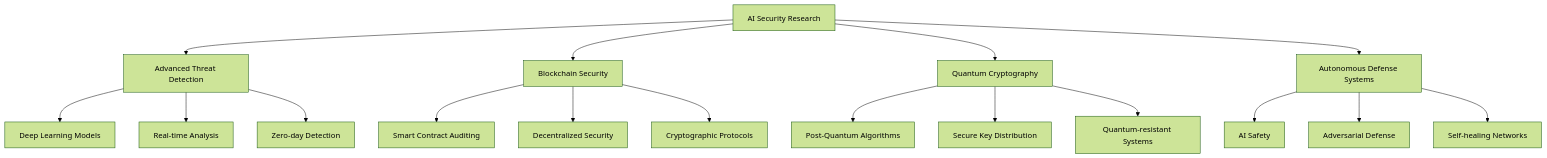
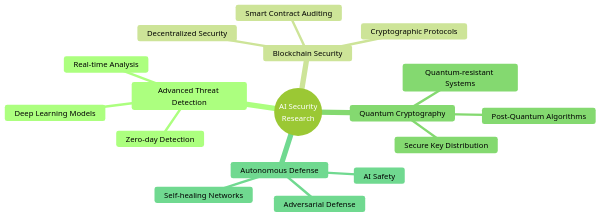
One commit to LuthandoCandlovu/LuthandoCandlovu changed the diagram in README.md. Above: the diagram before and after it, drawn with Mermaid (forest theme). The commit also changed other lines of this file, not shown here.

````diff
--- a/README.md
+++ b/README.md
@@ -369,23 +342,20 @@
 ```mermaid
-graph TD
-    A[AI Security Research] --> B[Advanced Threat Detection]
-    A --> C[Blockchain Security]
-    A --> D[Quantum Cryptography]
-    A --> E[Autonomous Defense Systems]
-    
-    B --> B1[Deep Learning Models]
-    B --> B2[Real-time Analysis]
-    B --> B3[Zero-day Detection]
-    
-    C --> C1[Smart Contract Auditing]
-    C --> C2[Decentralized Security]
-    C --> C3[Cryptographic Protocols]
-    
-    D --> D1[Post-Quantum Algorithms]
-    D --> D2[Secure Key Distribution]
-    D --> D3[Quantum-resistant Systems]
-    
-    E --> E1[AI Safety]
-    E --> E2[Adversarial Defense]
-    E --> E3[Self-healing Networks]
+mindmap
+  root((AI Security<br/>Research))
+    Advanced Threat Detection
+      Deep Learning Models
+      Real-time Analysis
+      Zero-day Detection
+    Blockchain Security
+      Smart Contract Auditing
+      Cryptographic Protocols
+      Decentralized Security
+    Quantum Cryptography
+      Post-Quantum Algorithms
+      Secure Key Distribution
+      Quantum-resistant Systems
+    Autonomous Defense
+      AI Safety
+      Adversarial Defense
+      Self-healing Networks
 ```
````
